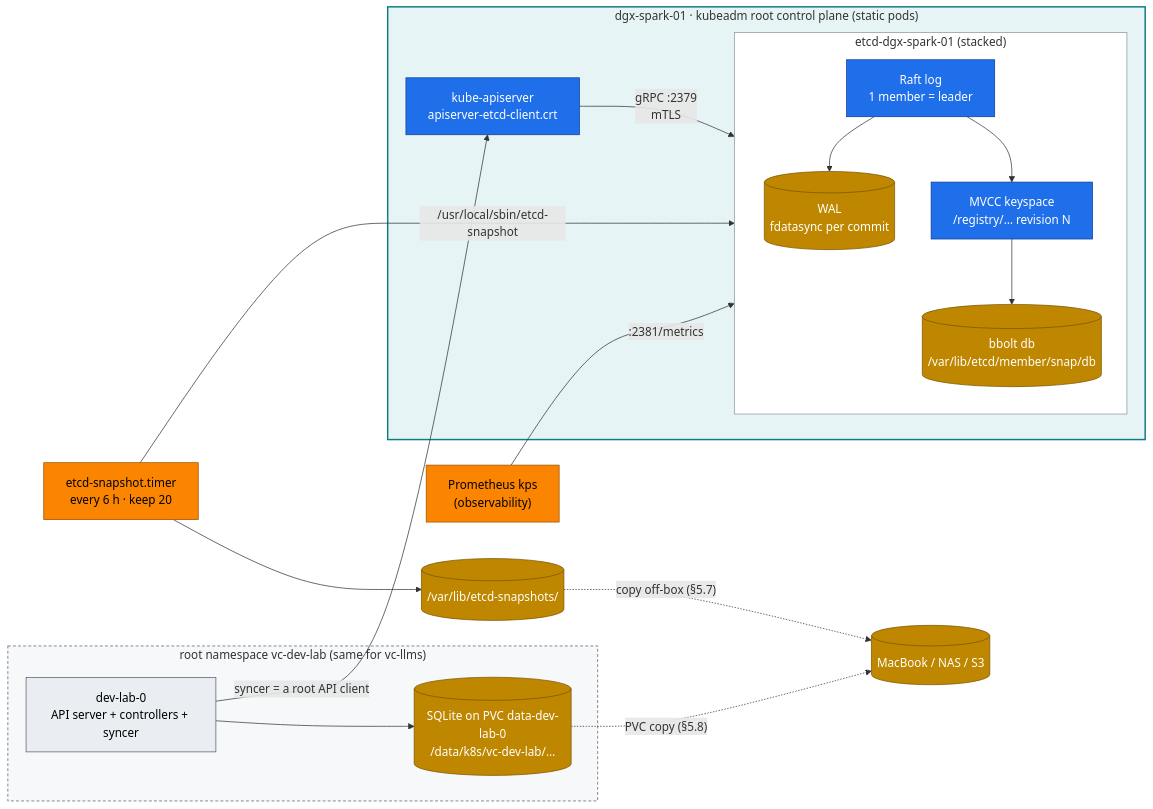
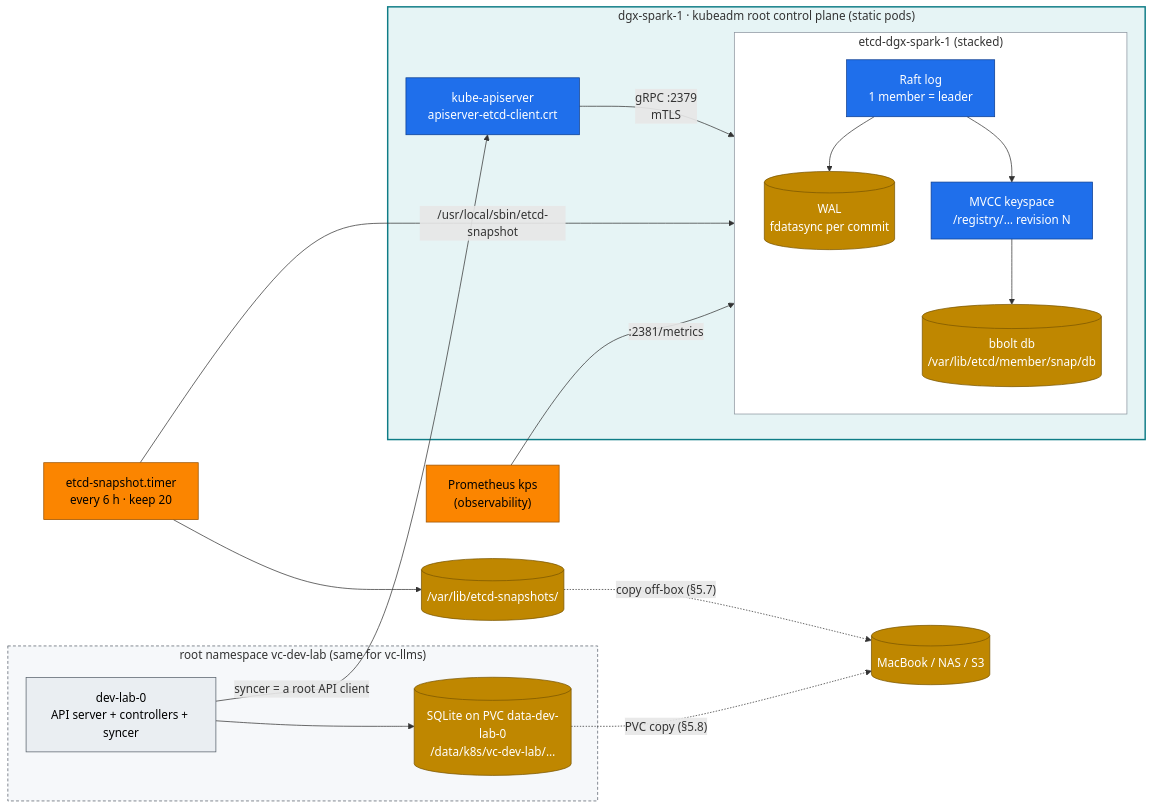
One commit to cloudone365/technical-depth changed the first of 3 diagrams in 02 Kubernetes/03-etcd-database-deep-dive.md. Above: the diagram before and after it, drawn with Mermaid. The commit also changed other lines of this file and 91 other files, not shown here.

First line of the commit message:
Rename the Spark hosts to dgx-spark-1 / dgx-spark-2

````diff
--- a/02 Kubernetes/03-etcd-database-deep-dive.md
+++ b/02 Kubernetes/03-etcd-database-deep-dive.md
@@ -33,32 +33,32 @@
 ```mermaid
 flowchart LR
-  subgraph NODE["dgx-spark-01 · kubeadm root control plane (static pods)"]
+  subgraph NODE["dgx-spark-1 · kubeadm root control plane (static pods)"]
     API["kube-apiserver<br/>apiserver-etcd-client.crt"] -->|"gRPC :2379<br/>mTLS"| ET
-    subgraph ET["etcd-dgx-spark-01 (stacked)"]
+    subgraph ET["etcd-dgx-spark-1 (stacked)"]
       direction TB
       RAFT["Raft log<br/>1 member = leader"] --> WAL[("WAL<br/>fdatasync per commit")]
       RAFT --> MVCC["MVCC keyspace<br/>/registry/…  revision N"]
       MVCC --> BOLT[("bbolt db<br/>/var/lib/etcd/member/snap/db")]
     end
   end
   TIMER["etcd-snapshot.timer<br/>every 6 h · keep 20"] -->|"/usr/local/sbin/etcd-snapshot"| ET
   TIMER --> DISK[("/var/lib/etcd-snapshots/")]
   DISK -. "copy off-box (§5.7)" .-> NAS[("MacBook / NAS / S3")]
   PROM["Prometheus kps<br/>(observability)"] -->|":2381/metrics"| ET
   subgraph VC["root namespace vc-dev-lab (same for vc-llms)"]
     VAPI["dev-lab-0<br/>API server + controllers + syncer"] --> SQL[("SQLite on PVC data-dev-lab-0<br/>/data/k8s/vc-dev-lab/…")]
   end
   VAPI -->|"syncer = a root API client"| API
   SQL -. "PVC copy (§5.8)" .-> NAS
   classDef ctrl fill:#1f6feb,stroke:#0b3d91,color:#fff
   classDef store fill:#bf8700,stroke:#7a5600,color:#fff
   classDef obs fill:#fb8500,stroke:#9a5200,color:#000
   classDef tenant fill:#eaeef2,stroke:#57606a,color:#000
   class API,RAFT,MVCC ctrl
   class WAL,BOLT,DISK,NAS,SQL store
   class PROM,TIMER obs
   class VAPI tenant
   style NODE fill:#e6f4f5,stroke:#0e7c86,stroke-width:2px
   style ET fill:#ffffff,stroke:#8c959f
   style VC fill:#f6f8fa,stroke:#57606a,stroke-dasharray: 4 3
 ```
````
